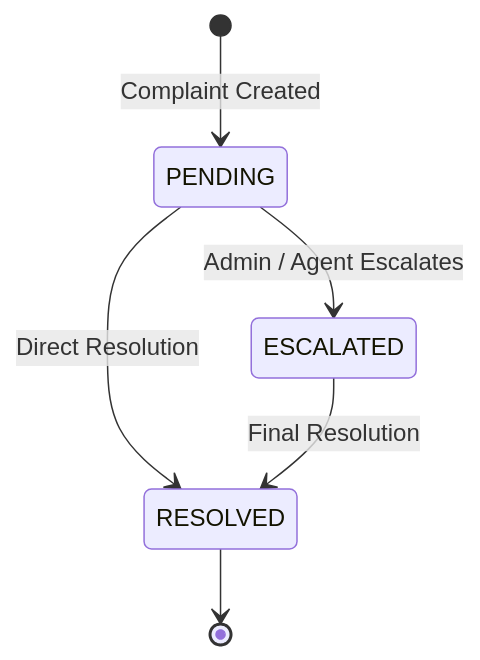
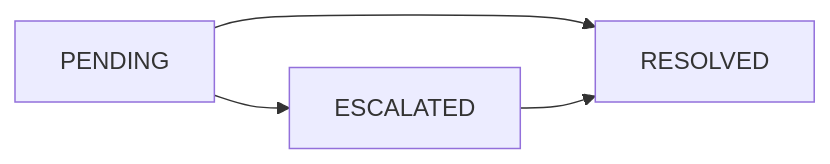
Before and after one commit to anushabirakayalaa/automated-complaint-backend: the second of 2 diagrams in BACKEND/README.md, drawn with Mermaid. The commit also changed other lines of this file and 1 other file, not shown here.

````diff
--- a/BACKEND/README.md
+++ b/BACKEND/README.md
@@ -156,8 +195,6 @@
 ```mermaid
-stateDiagram-v2
-    [*] --> PENDING : Complaint Created
-    PENDING --> ESCALATED : Admin / Agent Escalates
-    PENDING --> RESOLVED : Direct Resolution
-    ESCALATED --> RESOLVED : Final Resolution
-    RESOLVED --> [*]
+graph LR
+    PENDING --> ESCALATED
+    PENDING --> RESOLVED
+    ESCALATED --> RESOLVED
 ```
````
